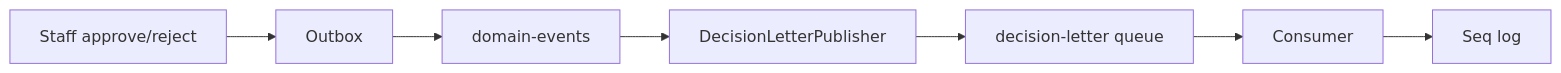
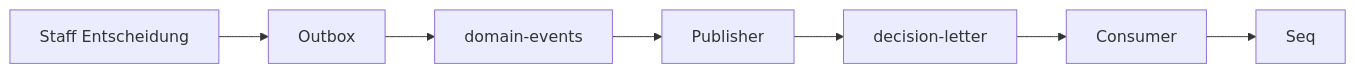
One commit to fdeniz07/BankApp changed the first of 2 diagrams in docs/learning/de/22-decision-letter-email.md. Above: the diagram before and after it, drawn with Mermaid. The commit also changed other lines of this file and 105 other files, not shown here.

First line of the commit message:
doc: Enrich learning chapters with labs, pitfalls, and safe Mermaid

````diff
--- a/docs/learning/de/22-decision-letter-email.md
+++ b/docs/learning/de/22-decision-letter-email.md
@@ -12,11 +11,9 @@
 ```mermaid
 flowchart LR
-  staff[Staff approve/reject]
-  outbox[Outbox]
-  dom[domain-events]
-  pub[DecisionLetterPublisher]
-  q[decision-letter queue]
-  cons[Consumer]
-  seq[Seq log]
-  staff --> outbox --> dom --> pub --> q --> cons --> seq
+  ST["Staff Entscheidung"] --> OB["Outbox"]
+  OB --> DE["domain-events"]
+  DE --> PUB["Publisher"]
+  PUB --> Q["decision-letter"]
+  Q --> CON["Consumer"]
+  CON --> SEQ["Seq"]
 ```
````
